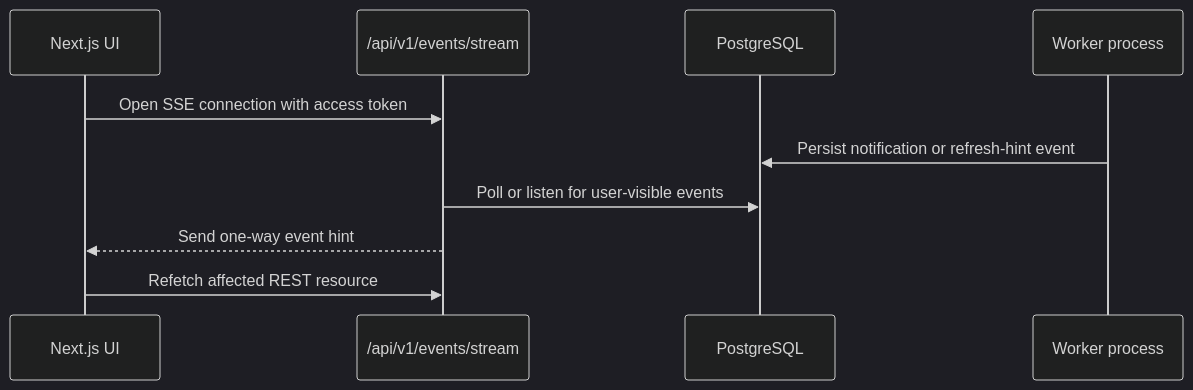
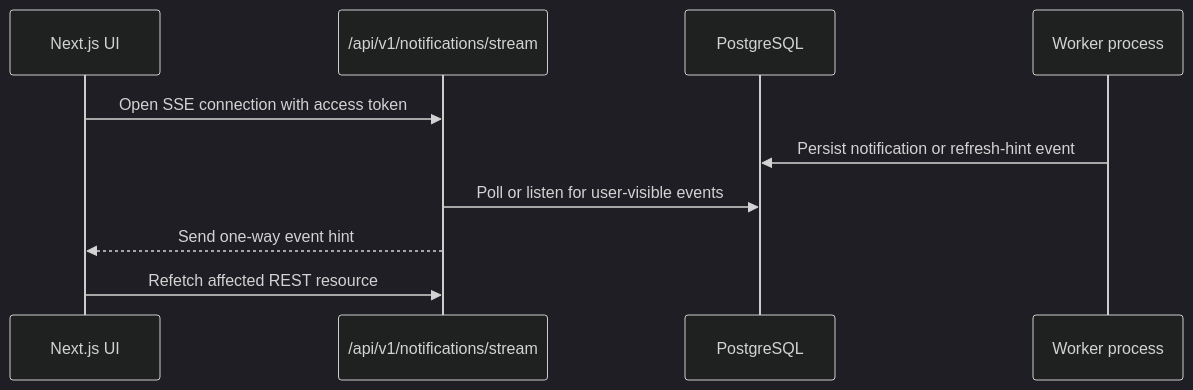
The sixth of 8 diagrams in docs/architecture/SYSTEM_DESIGN.md (morshedalamdev/pfm-app), drawn with Mermaid (dark theme) before and after one commit. The commit also changed other lines of this file and 5 other files, not shown here.

````diff
--- a/docs/architecture/SYSTEM_DESIGN.md
+++ b/docs/architecture/SYSTEM_DESIGN.md
@@ -267,13 +267,13 @@
 ```mermaid
 sequenceDiagram
   participant UI as Next.js UI
-  participant API as /api/v1/events/stream
+  participant API as /api/v1/notifications/stream
   participant DB as PostgreSQL
   participant Worker as Worker process
 
   UI->>API: Open SSE connection with access token
   Worker->>DB: Persist notification or refresh-hint event
   API->>DB: Poll or listen for user-visible events
   API-->>UI: Send one-way event hint
   UI->>API: Refetch affected REST resource
 ```
````
